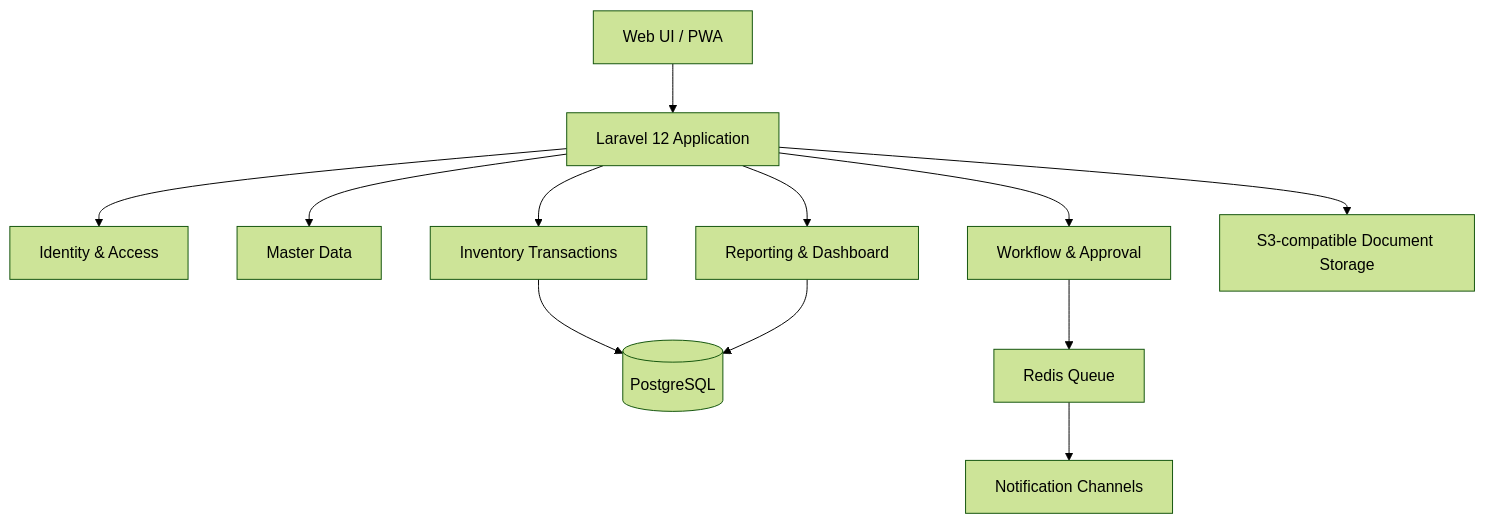
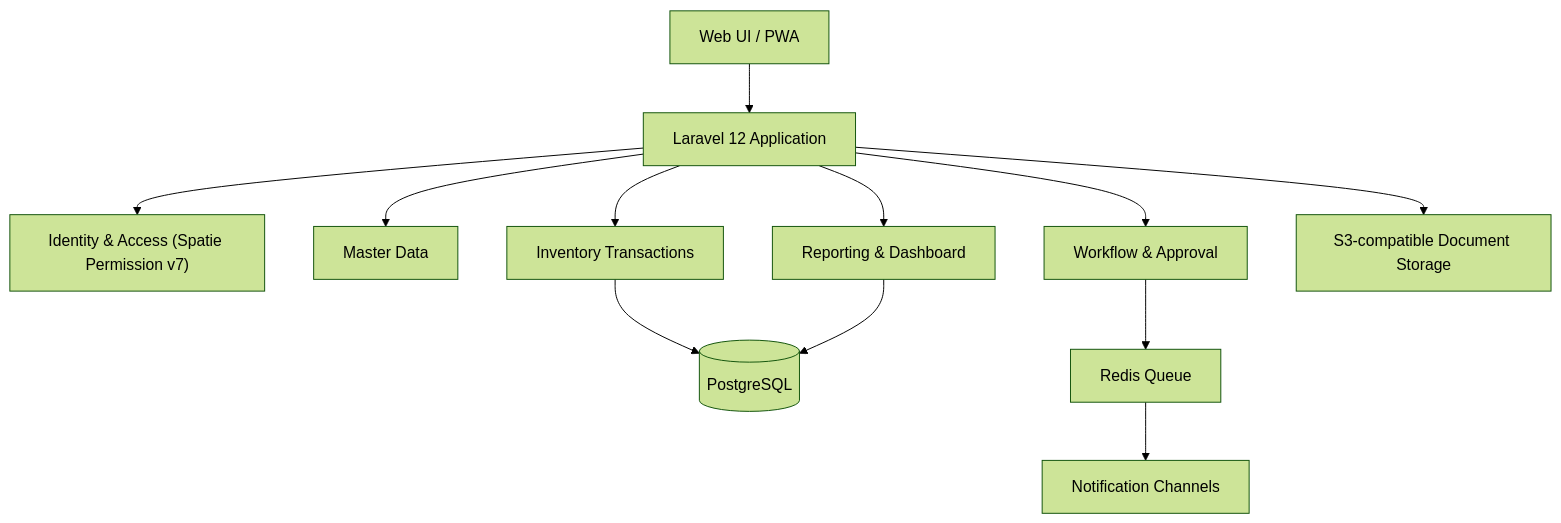
Before and after one commit to zuhrisaifudin/inv: the first of 5 diagrams in rancangan-aplikasi-persediaan-gudang.md, drawn with Mermaid (forest theme). The commit also changed other lines of this file, not shown here.

Commit message:
Update design doc with Spatie Laravel Permission v7 RBAC architecture

````diff
--- a/rancangan-aplikasi-persediaan-gudang.md
+++ b/rancangan-aplikasi-persediaan-gudang.md
@@ -139,14 +143,14 @@
 ```mermaid
 flowchart TB
     UI["Web UI / PWA"] --> APP["Laravel 12 Application"]
-    APP --> ID["Identity & Access"]
+    APP --> ID["Identity & Access (Spatie Permission v7)"]
     APP --> MD["Master Data"]
     APP --> TX["Inventory Transactions"]
     APP --> WF["Workflow & Approval"]
     APP --> RP["Reporting & Dashboard"]
     TX --> DB[(PostgreSQL)]
     WF --> Q["Redis Queue"]
     RP --> DB
     APP --> OBJ["S3-compatible Document Storage"]
     Q --> NT["Notification Channels"]
 ```
````
